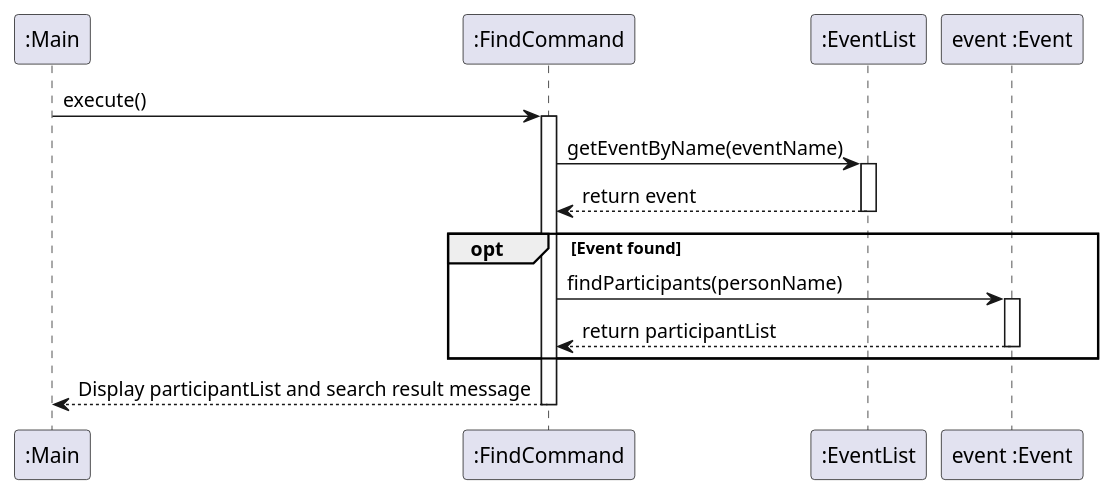
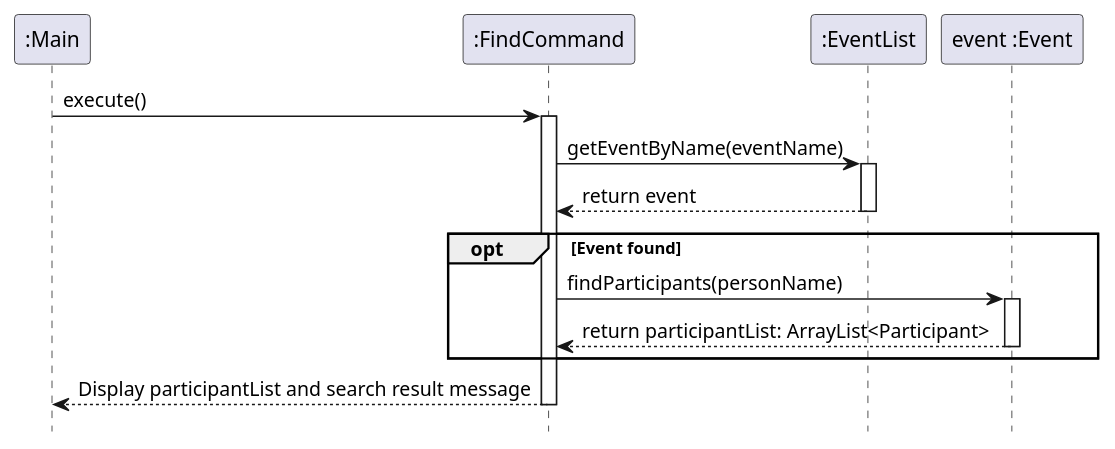
Before and after one commit to nus-cs2113-AY2425S1/tp: the diagram in docs/diagrams/FindCommandSequenceDiagram.puml, drawn with PlantUML. The commit also changed 7 other files, not shown here.

Commit message:
Fix bugs on diagrams

```diff
--- a/docs/diagrams/FindCommandSequenceDiagram.puml
+++ b/docs/diagrams/FindCommandSequenceDiagram.puml
@@ -1,25 +1,26 @@
 @startuml
+hide footbox
 participant ":Main" as Main
 participant ":FindCommand" as FC
 participant ":EventList" as EL
 participant "event :Event" as E
 
 Main -> FC: execute()
 activate FC
 FC -> EL: getEventByName(eventName)
 activate EL
 EL --> FC: return event
 deactivate EL
 
 opt Event found
     FC -> E: findParticipants(personName)
     activate E
-    E --> FC: return participantList
+    E --> FC: return participantList: ArrayList<Participant>
     deactivate E
 
 end opt
 
 FC --> Main: Display participantList and search result message
 deactivate FC
 
 @enduml
```
